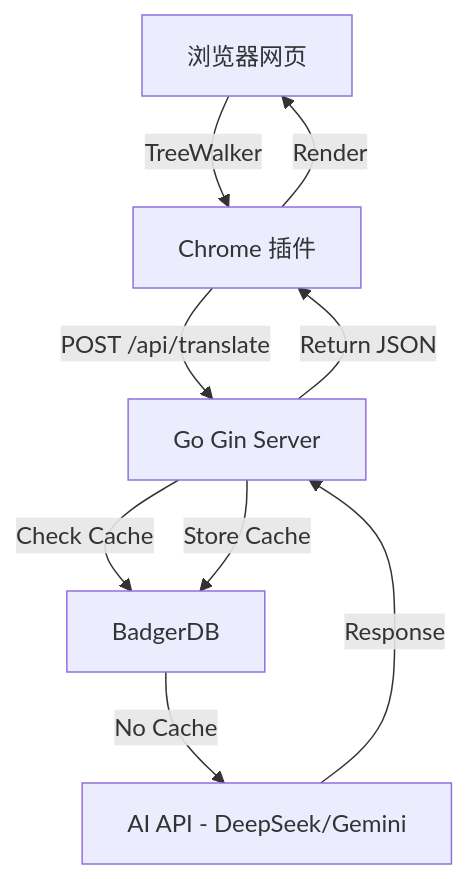
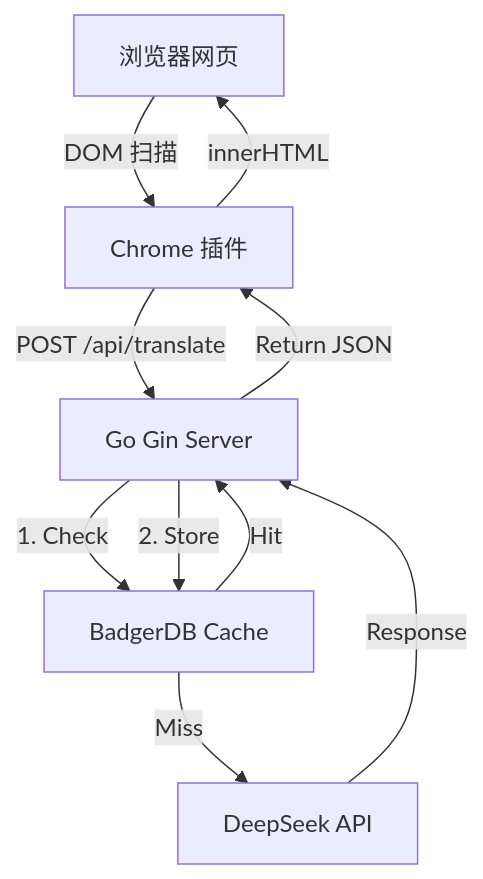
One commit to ReturnMars/MyImmersive changed the diagram in .context/system_map.md. Above: the diagram before and after it, drawn with Mermaid. The commit also changed other lines of this file and 9 other files, not shown here.

First line of the commit message:
feat(cache): 集成 BadgerDB 实现翻译缓存，性能提升 14000 倍

````diff
--- a/.context/system_map.md
+++ b/.context/system_map.md
@@ -23,11 +23,12 @@
 ```mermaid
 graph TD
-    Browser[浏览器网页] -->|TreeWalker| Ext[Chrome 插件]
+    Browser[浏览器网页] -->|DOM 扫描| Ext[Chrome 插件]
     Ext -->|POST /api/translate| Gin[Go Gin Server]
-    Gin -->|Check Cache| Badger[BadgerDB]
-    Badger -- No Cache --> AI[AI API - DeepSeek/Gemini]
+    Gin -->|1. Check| Badger[BadgerDB Cache]
+    Badger -- Hit --> Gin
+    Badger -- Miss --> AI[DeepSeek API]
     AI -->|Response| Gin
-    Gin -->|Store Cache| Badger
+    Gin -->|2. Store| Badger
     Gin -->|Return JSON| Ext
-    Ext -->|Render| Browser
+    Ext -->|innerHTML| Browser
 ```
````
